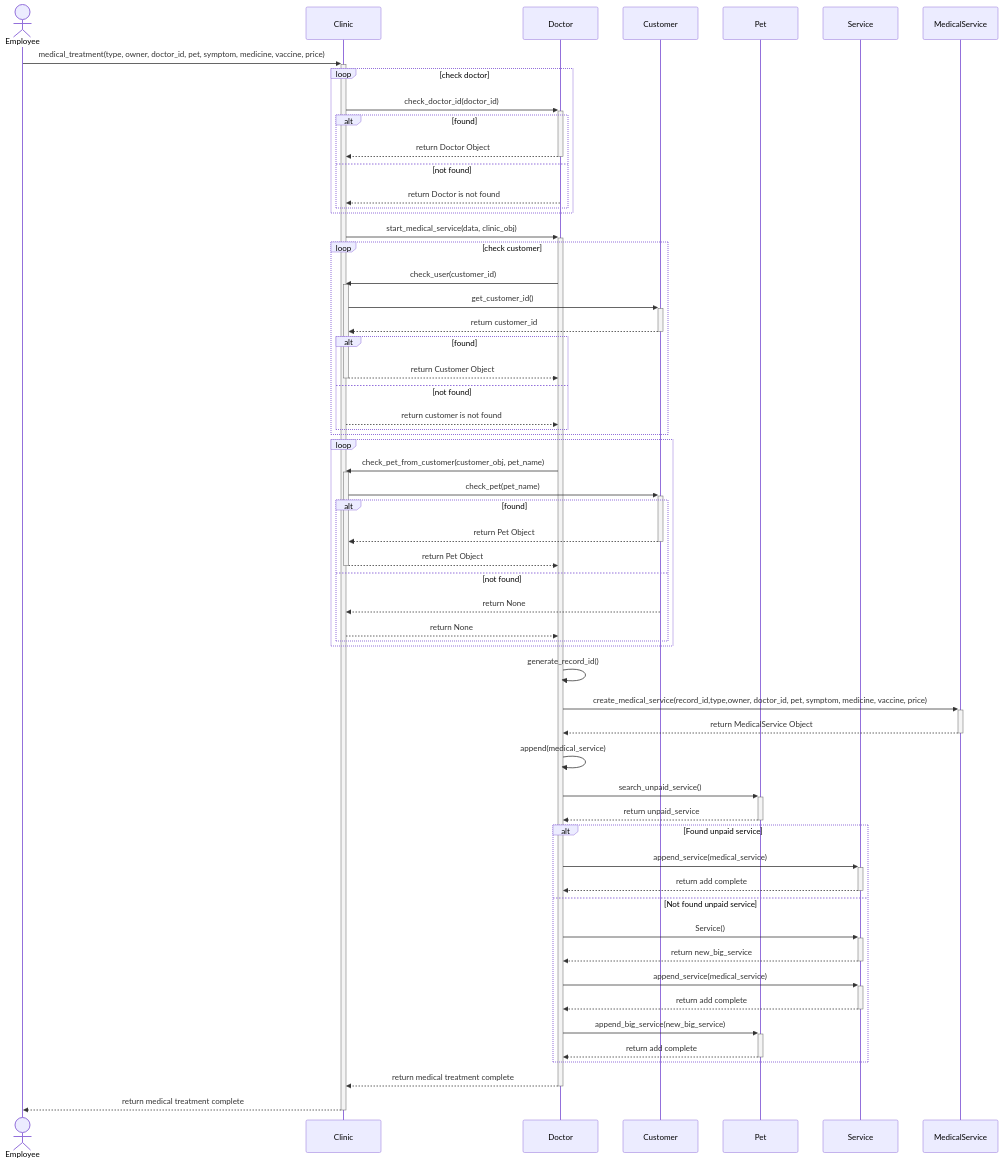
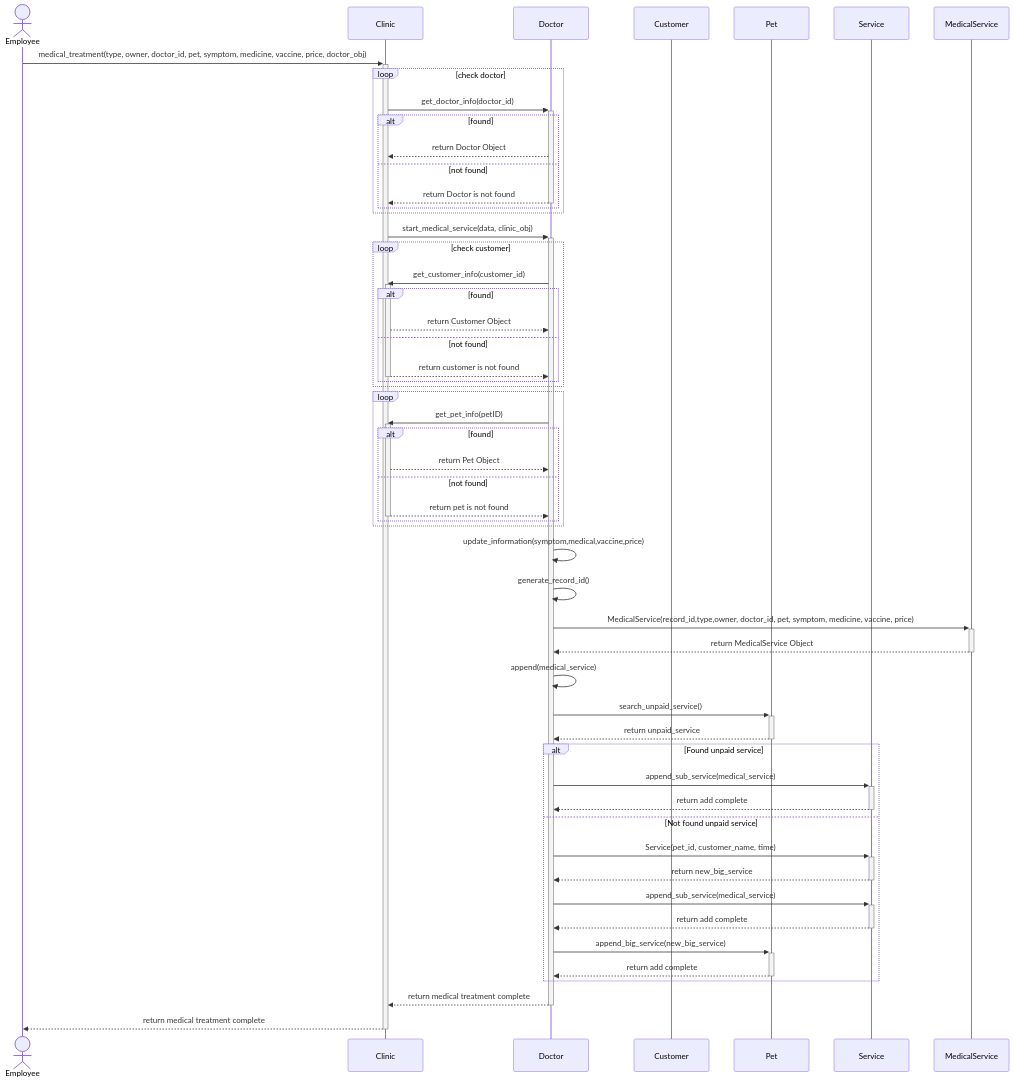
Before and after one commit to HiruKub/OOP-PROJECT_BASECODE: the diagram in SequenceDiagram/Pet Treatment Service-2026-02-21-073359.mmd, drawn with Mermaid.

Commit message:
fix: update sequence diagram for medical treatment service with improved method calls and clarity

```diff
--- a/SequenceDiagram/Pet Treatment Service-2026-02-21-073359.mmd
+++ b/SequenceDiagram/Pet Treatment Service-2026-02-21-073359.mmd
@@ -1,81 +1,80 @@
 sequenceDiagram
     actor Employee
     participant Clinic
     participant Doctor
     participant Customer
     participant Pet
     participant Service
     participant MedicalService
     
 
-    Employee ->>+ Clinic: medical_treatment(type, owner, doctor_id, pet, symptom, medicine, vaccine, price)
+    Employee ->>+ Clinic: medical_treatment(type, owner, doctor_id, pet, symptom, medicine, vaccine, price, doctor_obj)
 
     loop check doctor
-        Clinic->>+Doctor: check_doctor_id(doctor_id)
+        Clinic->>+Doctor: get_doctor_info(doctor_id)
         alt found
-            Doctor-->>-Clinic: return Doctor Object
+            Doctor-->>Clinic: return Doctor Object
         else not found
-            Doctor-->>Clinic: return Doctor is not found
+            Doctor-->>-Clinic: return Doctor is not found
         end
     end
 
     Clinic ->>+ Doctor: start_medical_service(data, clinic_obj)
 
     loop check customer
-        Doctor ->>+ Clinic: check_user(customer_id)
-        Clinic ->>+ Customer: get_customer_id()
-        Customer -->>- Clinic: return customer_id
+        Doctor ->>+ Clinic: get_customer_info(customer_id)
+        %% Clinic ->>+ Customer: get_customer_id()
+        %% Customer -->>- Clinic: return customer_id
         alt found
-            Clinic -->>- Doctor: return Customer Object
+            Clinic -->> Doctor: return Customer Object
         else not found
-            Clinic -->> Doctor: return customer is not found
+            Clinic -->>- Doctor: return customer is not found
         end
     end
 
     
     
     loop 
         
-        Doctor->>+Clinic: check_pet_from_customer(customer_obj, pet_name)
+        Doctor->>+Clinic: get_pet_info(petID)
         
-        Clinic->>+Customer: check_pet(pet_name)
         alt found
-            Customer-->>-Clinic: return Pet Object 
-            Clinic-->>-Doctor: return Pet Object 
+             
+            Clinic-->>Doctor: return Pet Object 
         else not found
-            Customer-->>Clinic: return None
-            Clinic-->>Doctor: return None
+           
+            Clinic-->>-Doctor: return pet is not found
         end
     end
     
 
-    %% Doctor->>Doctor: update_information(symptom,medical,vaccine,price)
+    Doctor->>Doctor: update_information(symptom,medical,vaccine,price)
     
     Doctor->>Doctor: generate_record_id()
     
-    Doctor->>+MedicalService: create_medical_service(record_id,type,owner, doctor_id, pet, symptom, medicine, vaccine, price)    
+    Doctor->>+MedicalService: MedicalService(record_id,type,owner, doctor_id, pet, symptom, medicine, vaccine, price)    
     MedicalService-->>-Doctor: return MedicalService Object
 
     Doctor->>Doctor: append(medical_service)
     
     Doctor->>+Pet: search_unpaid_service()
     Pet-->>-Doctor: return unpaid_service
     
     alt Found unpaid service
-        Doctor->>+Service: append_service(medical_service)
+        Doctor->>+Service: append_sub_service(medical_service)
         Service-->>-Doctor: return add complete
     else Not found unpaid service
-        Doctor->>+Service: Service()
+        Doctor->>+Service: Service(pet_id, customer_name, time)
         Service-->>-Doctor: return new_big_service
 
-        Doctor->>+Service: append_service(medical_service)
+        Doctor->>+Service: append_sub_service(medical_service)
         Service-->>-Doctor: return add complete
 
         Doctor->>+Pet: append_big_service(new_big_service)
         Pet-->>-Doctor: return add complete
         
     end
 
     Doctor-->>-Clinic: return medical treatment complete
 
     Clinic-->>-Employee: return medical treatment complete
```
